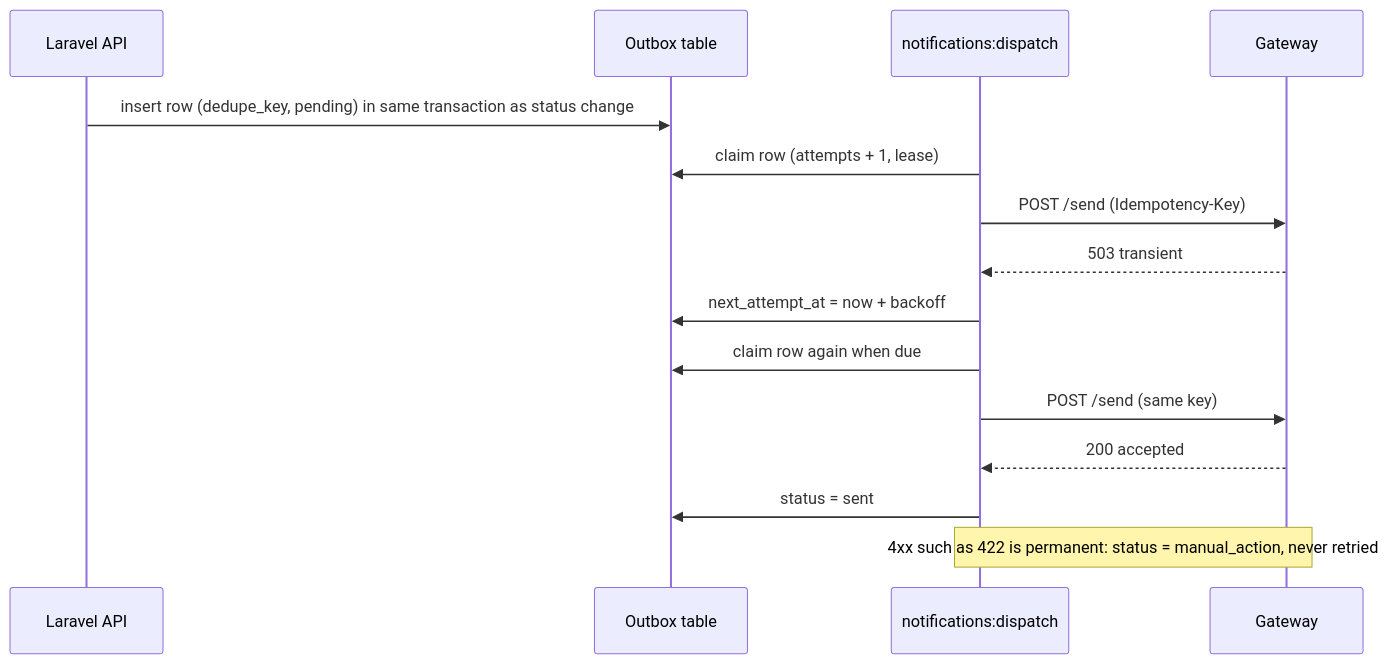
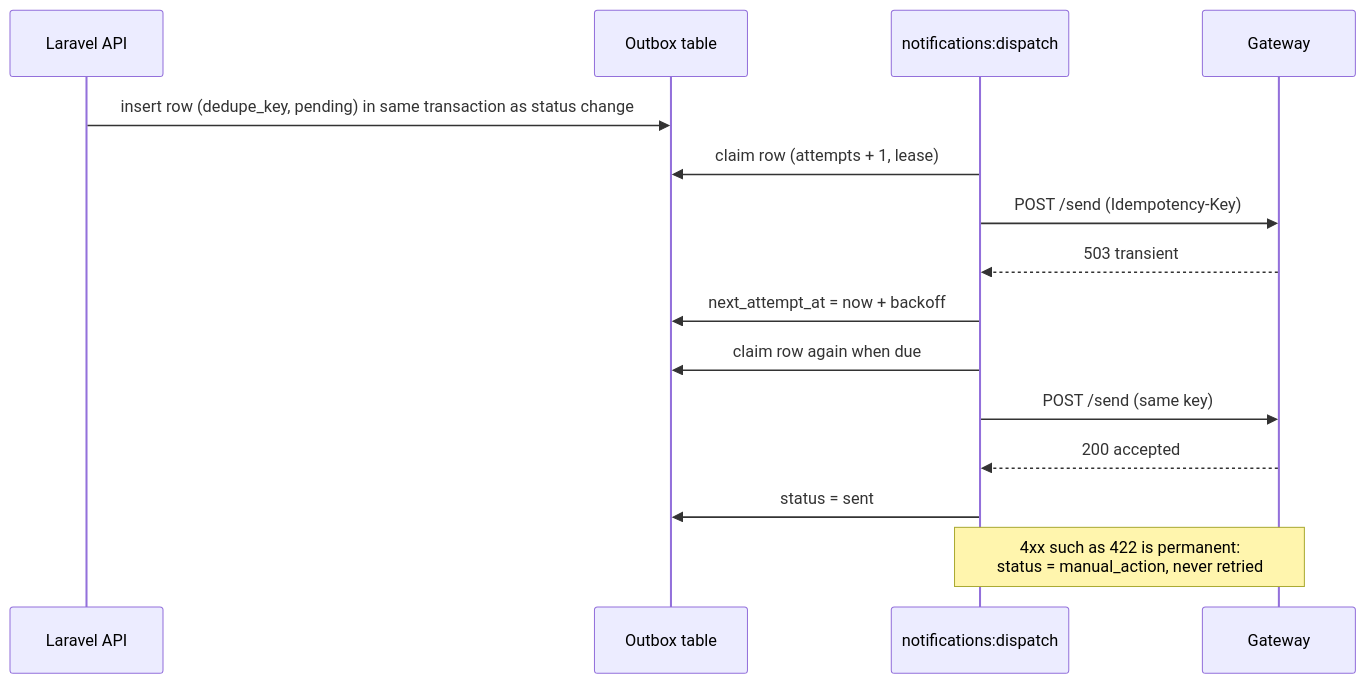
One commit to mathW1zzard/digital-permit-request-system changed the third of 3 diagrams in docs/02-diagrams.md. Above: the diagram before and after it, drawn with Mermaid. The commit also changed other lines of this file and 73 other files, not shown here.

````diff
--- a/docs/02-diagrams.md
+++ b/docs/02-diagrams.md
@@ -49,17 +49,17 @@
 ```mermaid
 sequenceDiagram
   participant API as Laravel API
   participant OB as Outbox table
   participant D as notifications:dispatch
   participant GW as Gateway
   API->>OB: insert row (dedupe_key, pending) in same transaction as status change
   D->>OB: claim row (attempts + 1, lease)
   D->>GW: POST /send (Idempotency-Key)
   GW-->>D: 503 transient
   D->>OB: next_attempt_at = now + backoff
   D->>OB: claim row again when due
   D->>GW: POST /send (same key)
   GW-->>D: 200 accepted
   D->>OB: status = sent
-  Note over D,GW: 4xx such as 422 is permanent: status = manual_action, never retried
+  Note over D,GW: 4xx such as 422 is permanent:<br/>status = manual_action, never retried
 ```
````
